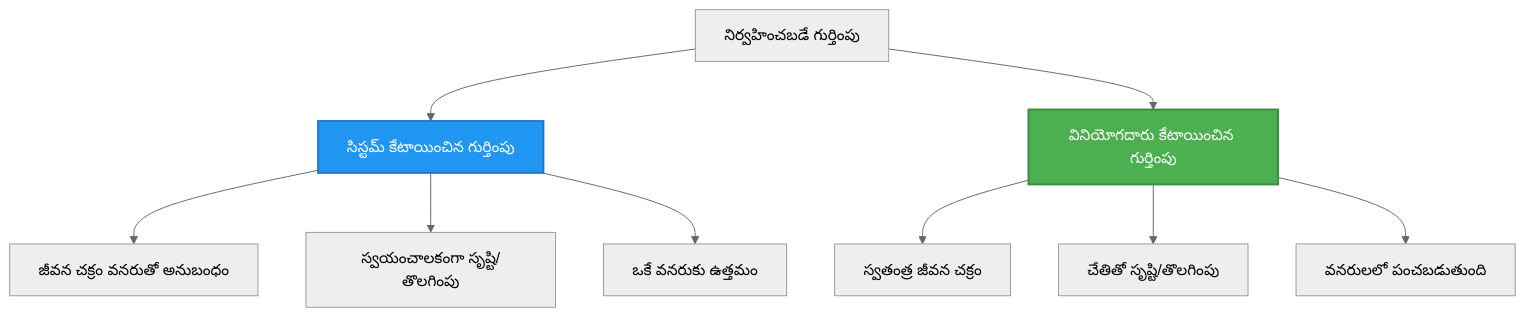
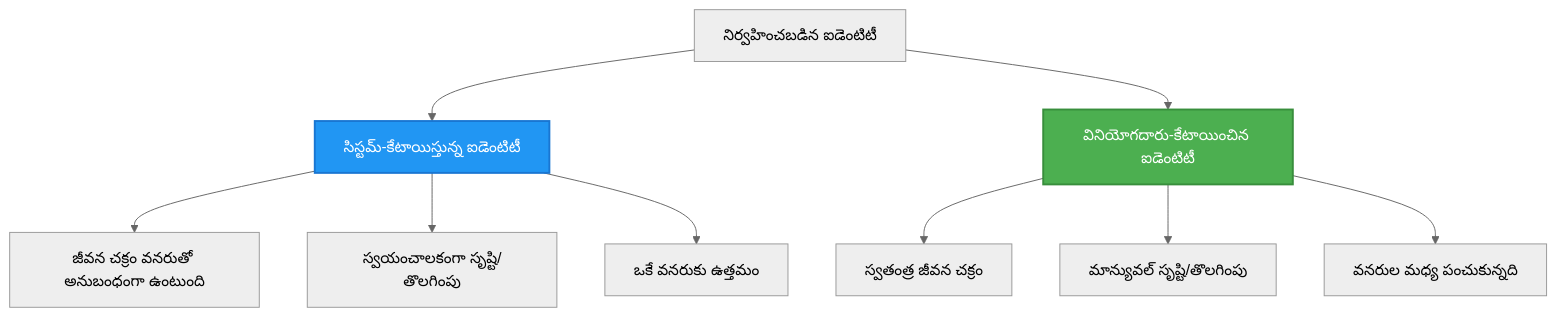
The second of 2 diagrams in translations/te/docs/chapter-03-configuration/authsecurity.md (microsoft/AZD-for-beginners), drawn with Mermaid (neutral theme) before and after one commit. The commit also changed other lines of this file and 104 other files, not shown here.

````diff
--- a/translations/te/docs/chapter-03-configuration/authsecurity.md
+++ b/translations/te/docs/chapter-03-configuration/authsecurity.md
@@ -97,20 +98,20 @@
 ```mermaid
 graph TB
-    MI[నిర్వహించబడే గుర్తింపు]
-    SystemAssigned[సిస్టమ్ కేటాయించిన గుర్తింపు]
-    UserAssigned[వినియోగదారు కేటాయించిన గుర్తింపు]
+    MI[నిర్వహించబడిన ఐడెంటిటీ]
+    SystemAssigned[సిస్టమ్-కేటాయిస్తున్న ఐడెంటిటీ]
+    UserAssigned[వినియోగదారు-కేటాయించిన ఐడెంటిటీ]
     
     MI --> SystemAssigned
     MI --> UserAssigned
     
-    SystemAssigned --> SA1[జీవన చక్రం వనరుతో అనుబంధం]
+    SystemAssigned --> SA1[జీవన చక్రం వనరుతో అనుబంధంగా ఉంటుంది]
     SystemAssigned --> SA2[స్వయంచాలకంగా సృష్టి/తొలగింపు]
     SystemAssigned --> SA3[ఒకే వనరుకు ఉత్తమం]
     
     UserAssigned --> UA1[స్వతంత్ర జీవన చక్రం]
-    UserAssigned --> UA2[చేతితో సృష్టి/తొలగింపు]
-    UserAssigned --> UA3[వనరులలో పంచబడుతుంది]
+    UserAssigned --> UA2[మాన్యువల్ సృష్టి/తొలగింపు]
+    UserAssigned --> UA3[వనరుల మధ్య పంచుకున్నది]
     
     style SystemAssigned fill:#2196F3,stroke:#1976D2,stroke-width:2px,color:#fff
     style UserAssigned fill:#4CAF50,stroke:#388E3C,stroke-width:2px,color:#fff
 ```
````
